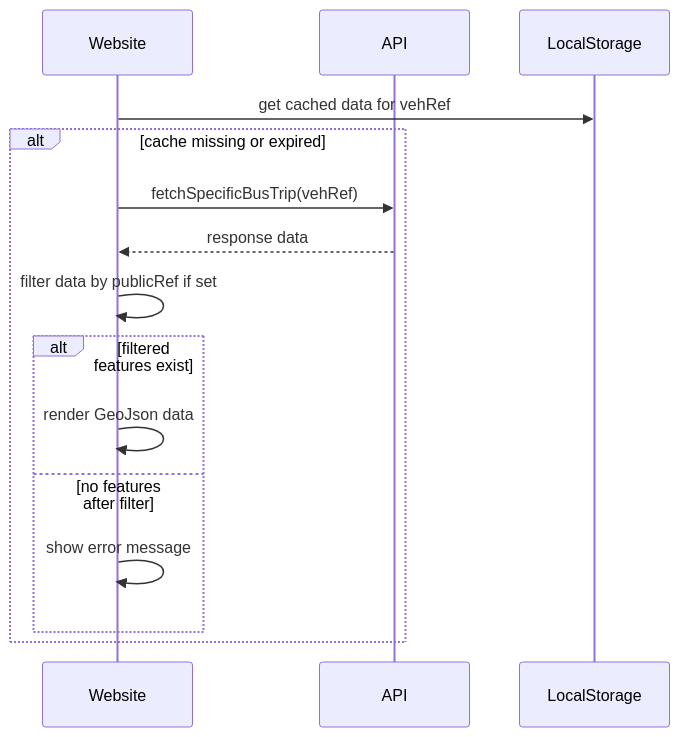
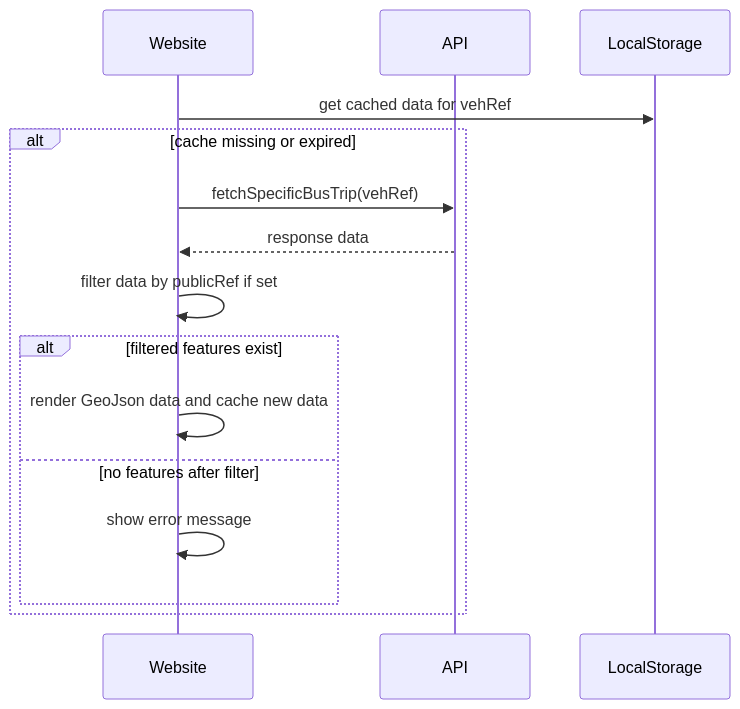
The third of 5 diagrams in docs/Software_Design_Description.md (lywich/Bus_Frontend), drawn with Mermaid before and after one commit. The commit also changed other lines of this file, not shown here.

Commit message:
Update sequence diagram

````diff
--- a/docs/Software_Design_Description.md
+++ b/docs/Software_Design_Description.md
@@ -35,19 +35,19 @@
 ```mermaid
 sequenceDiagram
     participant Website
     participant API
     participant LocalStorage
 
     Website->>LocalStorage: get cached data for vehRef
     alt cache missing or expired
         Website->>API: fetchSpecificBusTrip(vehRef)
         API-->>Website: response data
         Website->>Website: filter data by publicRef if set
         alt filtered features exist
-            Website->>Website: render GeoJson data
+            Website->>Website: render GeoJson data and cache new data
         else no features after filter
             Website->>Website: show error message
         end
     end
 
 ```
````
